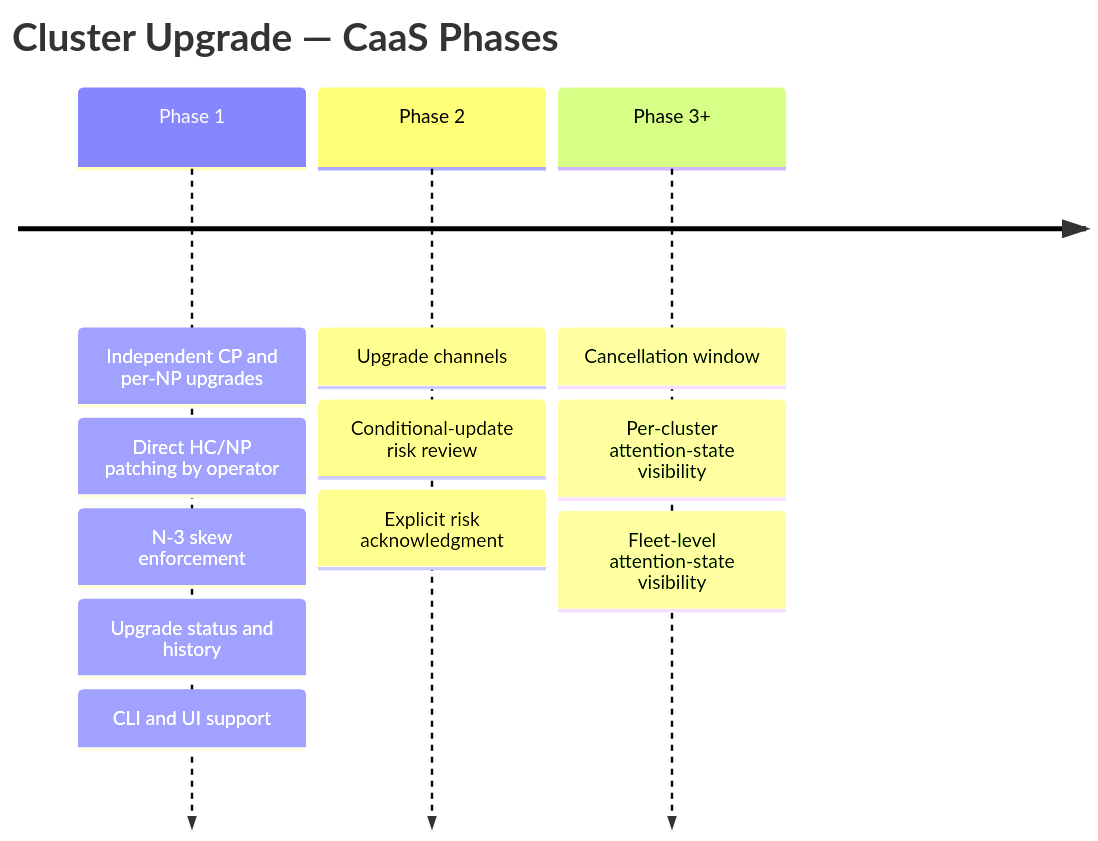
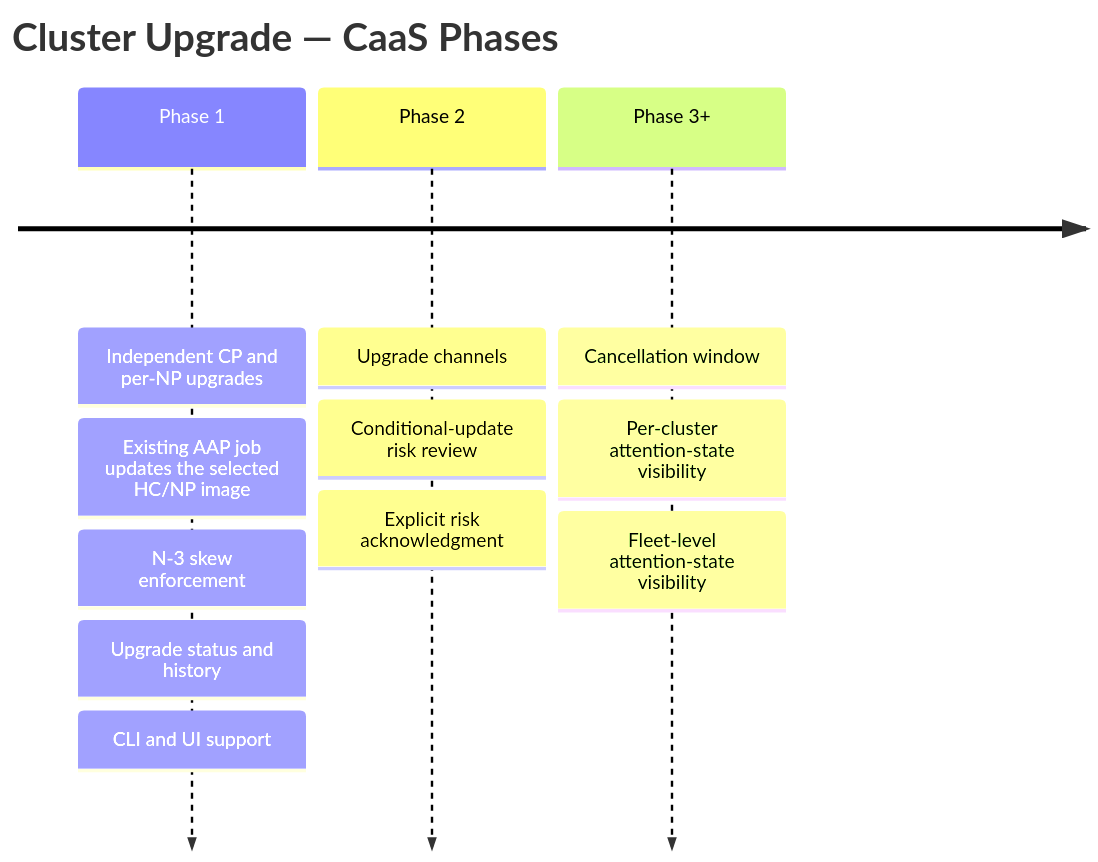
Before and after one commit to empovit/osac-enhancement-proposals: the diagram in enhancements/OSAC-1415-cluster-upgrade-caas/design.md, drawn with Mermaid. The commit also changed other lines of this file and 2 other files, not shown here.

Commit message:
OSAC-1415: route cluster upgrades through AAP

````diff
--- a/enhancements/OSAC-1415-cluster-upgrade-caas/design.md
+++ b/enhancements/OSAC-1415-cluster-upgrade-caas/design.md
@@ -50,15 +50,15 @@
 ```mermaid
 timeline
     title Cluster Upgrade — CaaS Phases
     Phase 1 : Independent CP and per-NP upgrades
-            : Direct HC/NP patching by operator
+            : Existing AAP job updates the selected HC/NP image
             : N-3 skew enforcement
             : Upgrade status and history
             : CLI and UI support
     Phase 2 : Upgrade channels
             : Conditional-update risk review
             : Explicit risk acknowledgment
     Phase 3+ : Cancellation window
              : Per-cluster attention-state visibility
              : Fleet-level attention-state visibility
 ```
````
